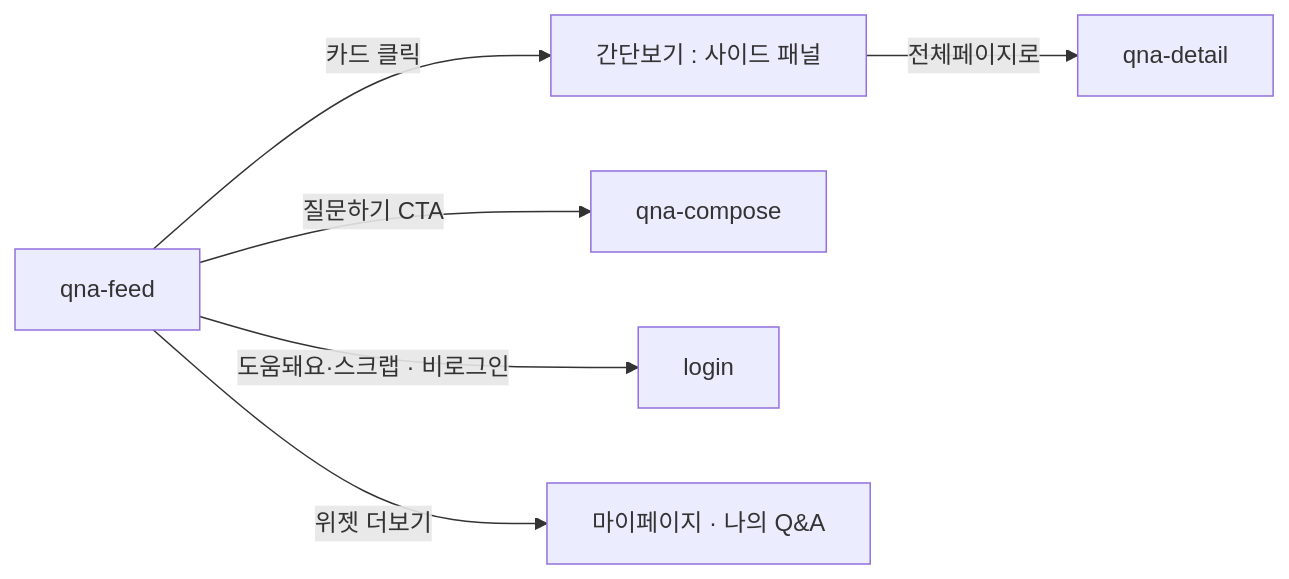
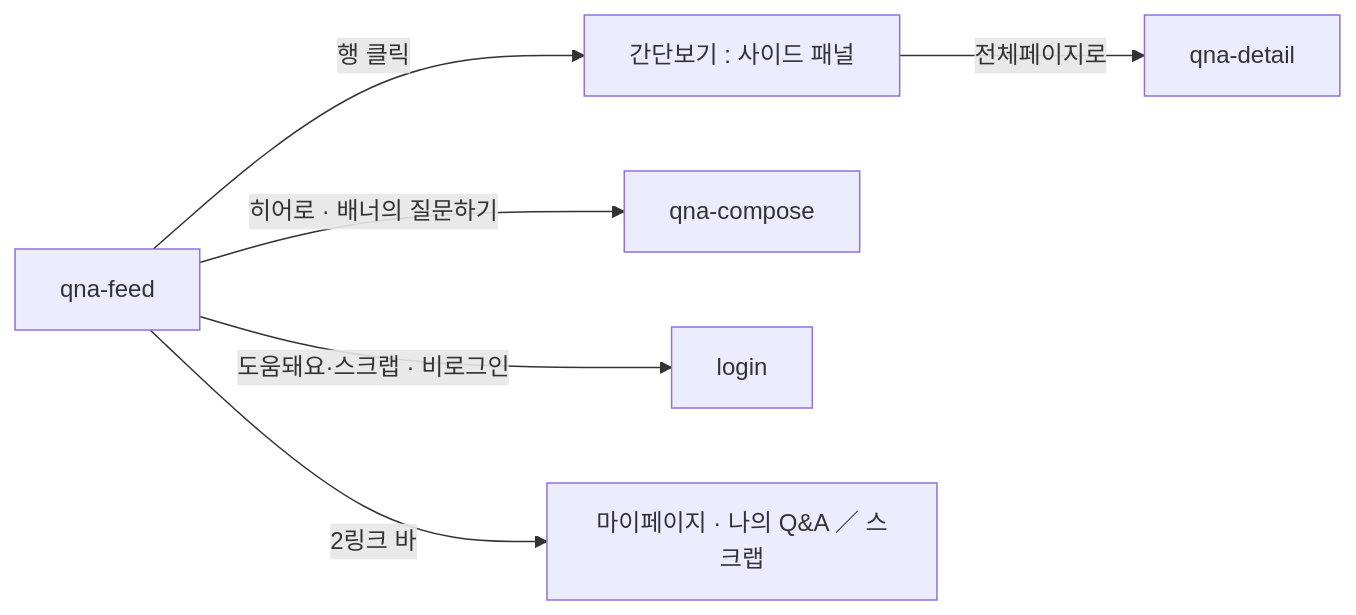
One commit to jisoo-y-mentree/mentree2-pd-fe changed the diagram in design/screens/qna-feed/UI-SPEC.md. Above: the diagram before and after it, drawn with Mermaid. The commit also changed other lines of this file and 9 other files, not shown here.

````diff
--- a/design/screens/qna-feed/UI-SPEC.md
+++ b/design/screens/qna-feed/UI-SPEC.md
@@ -208,14 +213,14 @@
 ```mermaid
 flowchart LR
   qa["qna-feed"]
   side["간단보기 : 사이드 패널"]
   qad["qna-detail"]
   comp["qna-compose"]
   login["login"]
-  mpe["마이페이지 · 나의 Q&A"]
+  mpe["마이페이지 · 나의 Q&A ／ 스크랩"]
 
-  qa -->|"카드 클릭"| side -->|"전체페이지로"| qad
-  qa -->|"질문하기 CTA"| comp
+  qa -->|"행 클릭"| side -->|"전체페이지로"| qad
+  qa -->|"히어로 · 배너의 질문하기"| comp
   qa -->|"도움돼요·스크랩 · 비로그인"| login
-  qa -->|"위젯 더보기"| mpe
+  qa -->|"2링크 바"| mpe
 ```
````
